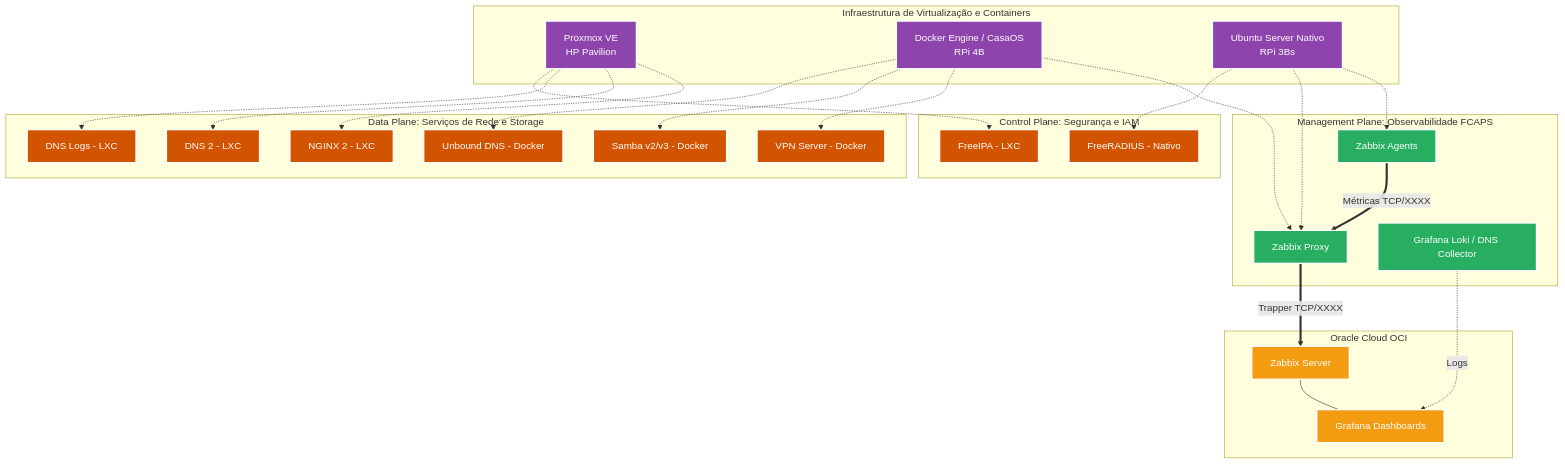
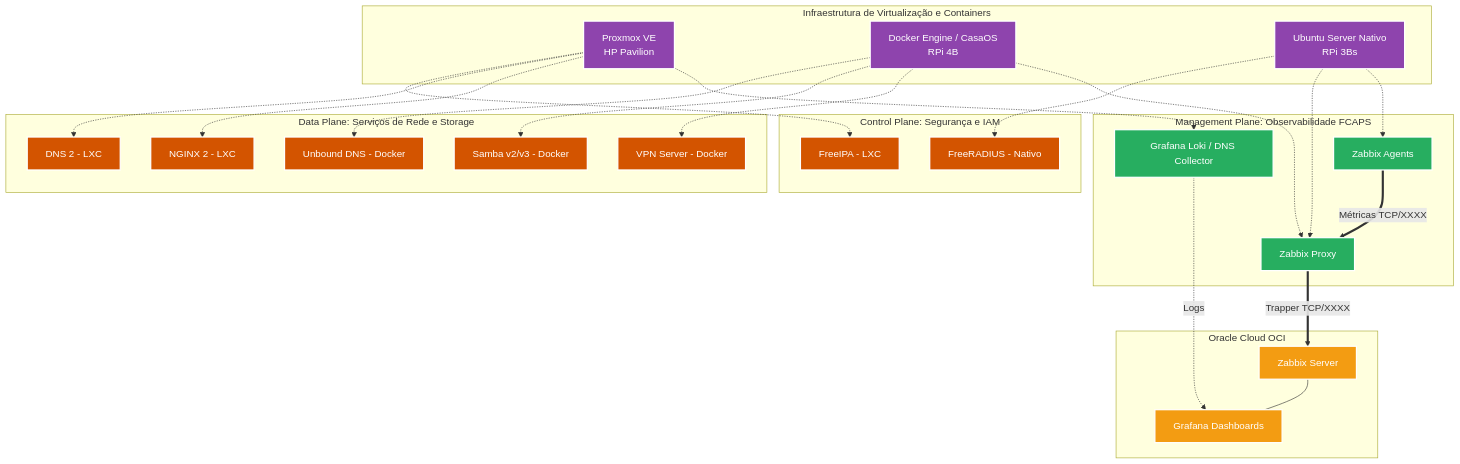
The second of 2 diagrams in 01-infrastructure/README.md (kevindexter22/Dr-Hardware-Autonet), drawn with Mermaid before and after one commit.

Commit message:
Update network services and observability connections
Removed LDNSL from network services and added GRAF_LOKI connection.

````diff
--- a/01-infrastructure/README.md
+++ b/01-infrastructure/README.md
@@ -66,58 +66,56 @@
 ```mermaid
 graph TD
     %% Classes de Estilo L3-L7
     classDef hypervisor fill:#8e44ad,stroke:#FFFFFF,stroke-width:2px,color:#fff;
     classDef oss fill:#27ae60,stroke:#FFFFFF,stroke-width:2px,color:#fff;
     classDef coreService fill:#d35400,stroke:#FFFFFF,stroke-width:2px,color:#fff;
     classDef cloud fill:#f39c12,stroke:#FFFFFF,stroke-width:2px,color:#fff;
 
     subgraph VIM [Infraestrutura de Virtualização e Containers]
         PVE[Proxmox VE<br/>HP Pavilion]:::hypervisor
         DOCKER[Docker Engine / CasaOS<br/>RPi 4B]:::hypervisor
         NATIVE[Ubuntu Server Nativo<br/>RPi 3Bs]:::hypervisor
     end
 
     subgraph AAA_SEC [Control Plane: Segurança e IAM]
         FIPA[FreeIPA - LXC]:::coreService
         FRAD[FreeRADIUS - Nativo]:::coreService
         PVE -.-> FIPA
         NATIVE -.-> FRAD
     end
 
     subgraph NET_SERVICES [Data Plane: Serviços de Rede e Storage]
         UNB[Unbound DNS - Docker]:::coreService
         SMB[Samba v2/v3 - Docker]:::coreService
         VPN[VPN Server - Docker]:::coreService
-        LDNSL[DNS Logs - LXC]:::coreService
         UDNSL[DNS 2 - LXC]:::coreService
         RNGNXL[NGINX 2 - LXC]:::coreService
         DOCKER -.-> UNB
         DOCKER -.-> SMB
         DOCKER -.-> VPN
-        PVE -.-> LDNSL
         PVE -.-> UDNSL
         PVE -.-> RNGNXL
     end
 
     subgraph OSS_MGMT [Management Plane: Observabilidade FCAPS]
         ZPX[Zabbix Proxy]:::oss
         ZA[Zabbix Agents]:::oss
         GRAF_LOKI[Grafana Loki / DNS Collector]:::oss
-        
         DOCKER -.-> ZPX
         NATIVE -.-> ZPX
         NATIVE -.-> ZA
+        PVE -.-> GRAF_LOKI
     end
 
     subgraph PUBLIC_CLOUD [Oracle Cloud OCI]
         ZBS[Zabbix Server]:::cloud
         GRAF[Grafana Dashboards]:::cloud
     end
 
     %% Fluxos de Mediação de Dados
     ZA ==>|Métricas TCP/XXXX| ZPX
     ZPX ==>|Trapper TCP/XXXX| ZBS
     GRAF_LOKI -.->|Logs| GRAF
     ZBS --- GRAF
 
 ```
````
